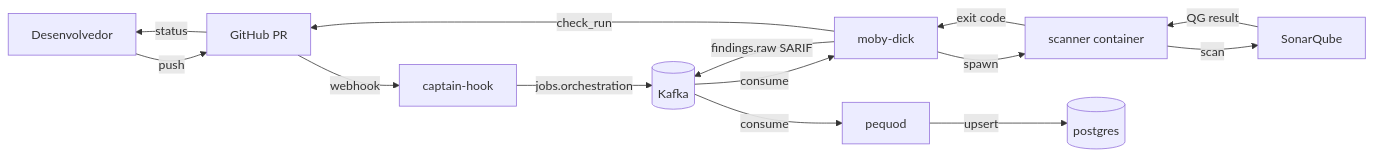
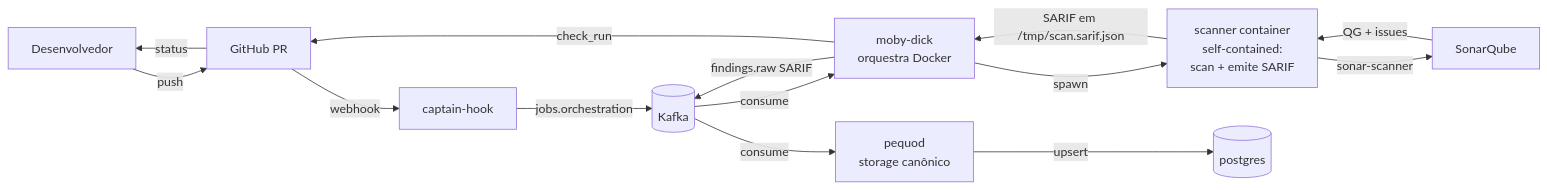
Before and after one commit to OdinEye-FIAP/aspm-docs: the diagram in docs/index.md, drawn with Mermaid. The commit also changed other lines of this file and 3 other files, not shown here.

First line of the commit message:
docs: define direção arquitetural (B) — scanner self-contained + pequod SoT

````diff
--- a/docs/index.md
+++ b/docs/index.md
@@ -16,26 +16,26 @@
 ```mermaid
 flowchart LR
     Dev[Desenvolvedor]
     GH[GitHub PR]
     CH[captain-hook]
     K[(Kafka)]
-    MD[moby-dick]
-    SR[scanner container]
+    MD[moby-dick<br/>orquestra Docker]
+    SR[scanner container<br/>self-contained:<br/>scan + emite SARIF]
     SQ[SonarQube]
-    PQ[pequod]
+    PQ[pequod<br/>storage canônico]
     PG[(postgres)]
 
     Dev -->|push| GH
     GH -->|webhook| CH
     CH -->|jobs.orchestration| K
     K -->|consume| MD
     MD -->|spawn| SR
-    SR -->|scan| SQ
-    SQ -->|QG result| SR
-    SR -->|exit code| MD
+    SR -->|sonar-scanner| SQ
+    SQ -->|QG + issues| SR
+    SR -->|SARIF em /tmp/scan.sarif.json| MD
     MD -->|findings.raw SARIF| K
     K -->|consume| PQ
     PQ -->|upsert| PG
     MD -->|check_run| GH
     GH -->|status| Dev
 ```
````
